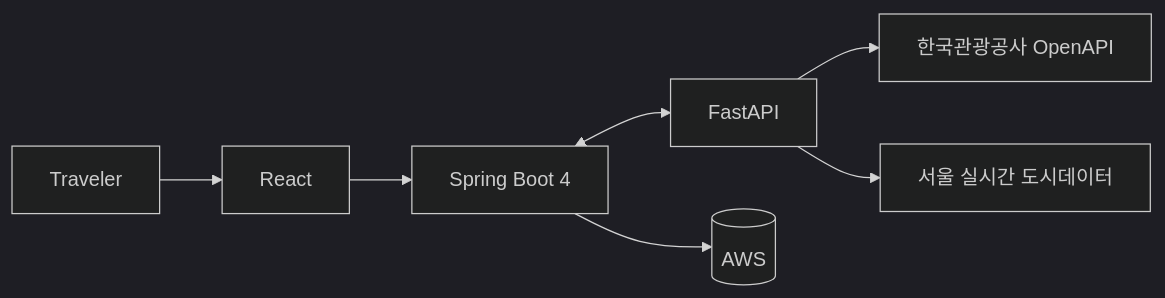
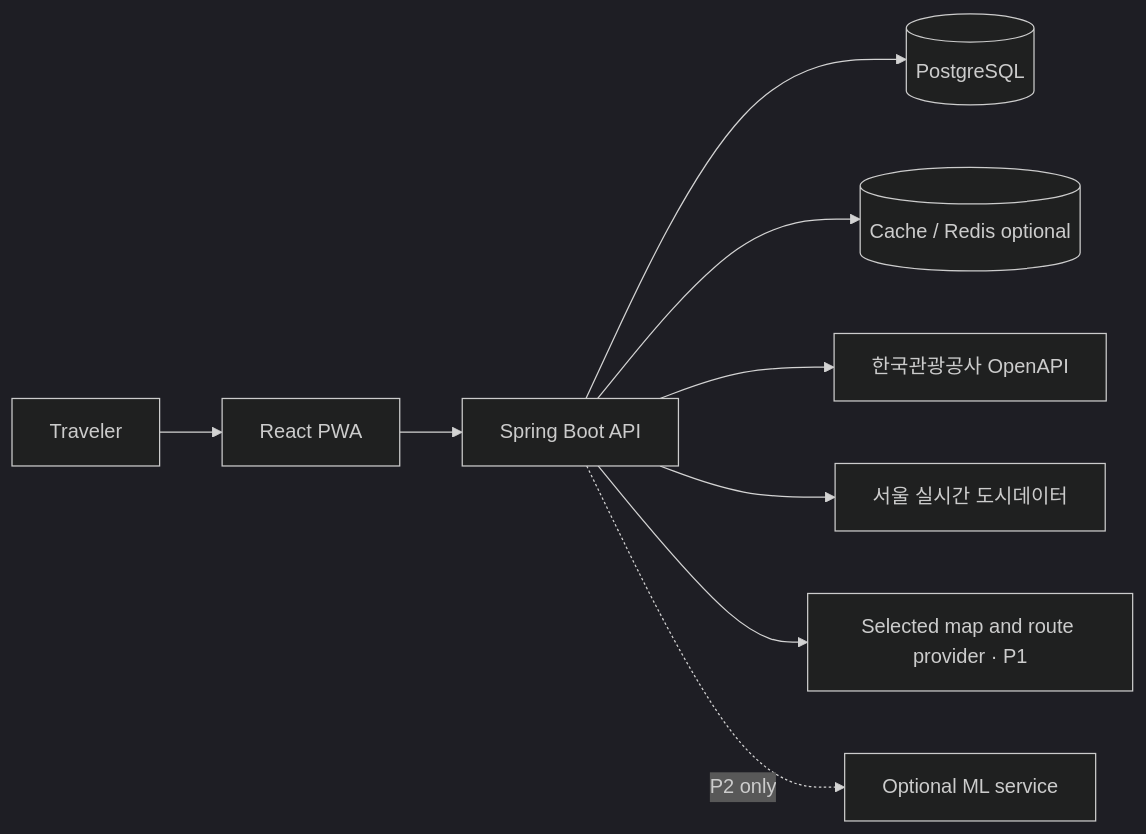
Before and after one commit to yutakdv/Nullnull: the second of 2 diagrams in README.md, drawn with Mermaid (dark theme). The commit also changed other lines of this file and 3 other files, not shown here.

````diff
--- a/README.md
+++ b/README.md
@@ -75,9 +97,11 @@
 ```mermaid
 flowchart LR
-    USER[Traveler] --> WEB[React]
-    WEB --> CORE[Spring Boot 4]
-    CORE <--> INTEL[FastAPI]
-    CORE --> CLOUD[(AWS)]
-    INTEL --> KTO[한국관광공사 OpenAPI]
-    INTEL --> SEOUL[서울 실시간 도시데이터]
+    USER[Traveler] --> WEB[React PWA]
+    WEB --> CORE[Spring Boot API]
+    CORE --> DB[(PostgreSQL)]
+    CORE --> CACHE[(Cache / Redis optional)]
+    CORE --> KTO[한국관광공사 OpenAPI]
+    CORE --> SEOUL[서울 실시간 도시데이터]
+    CORE --> ROUTE[Selected map and route provider · P1]
+    CORE -. P2 only .-> ML[Optional ML service]
 ```
````
